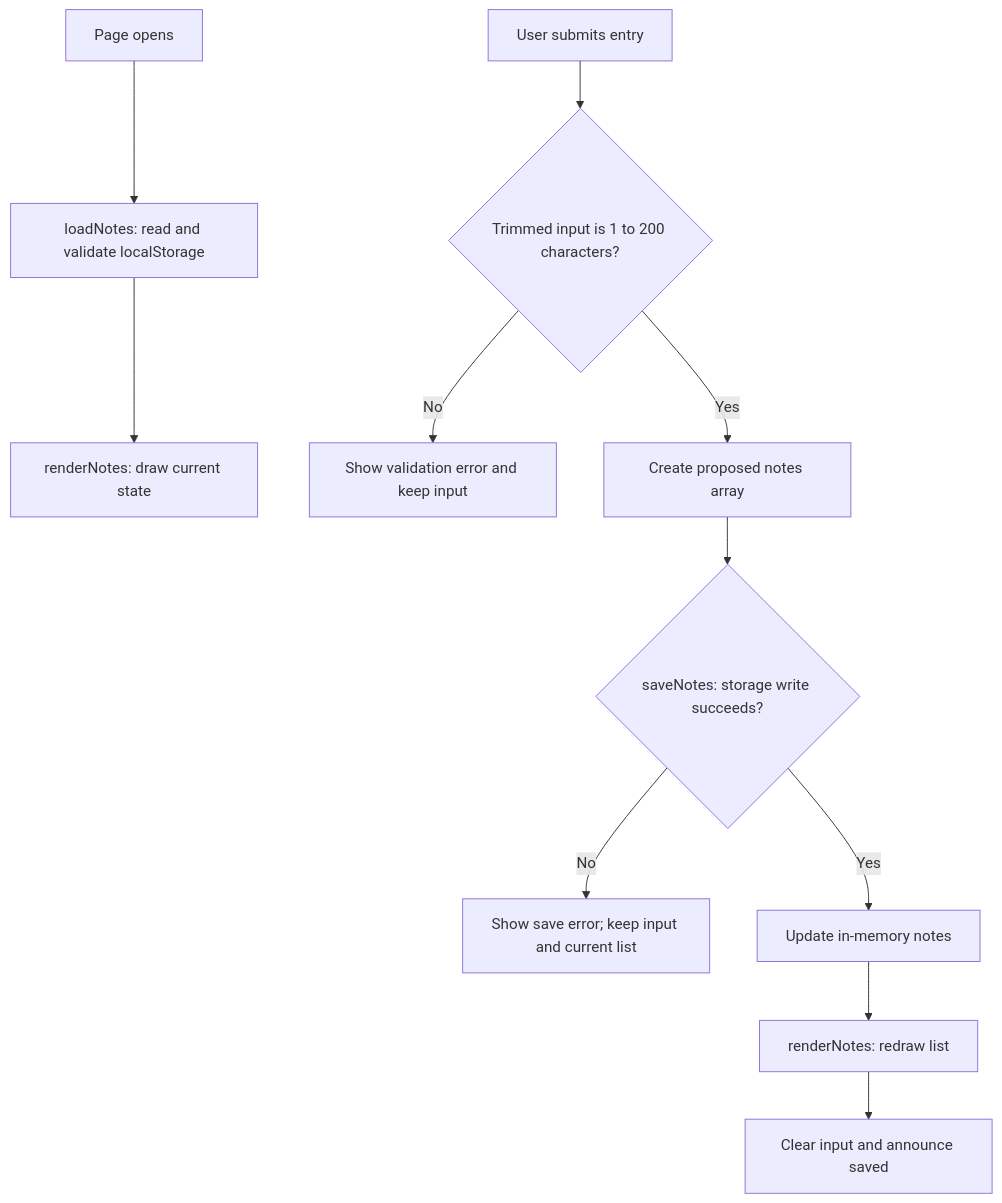
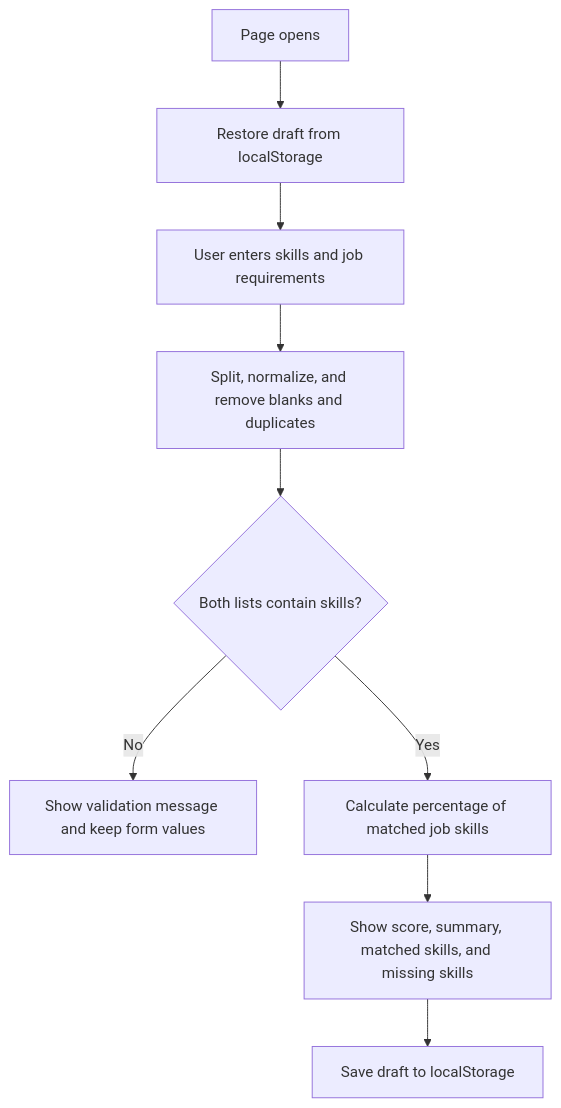
The diagram in README.md (aaronsarasota04/mgt3745-hw3), drawn with Mermaid before and after one commit. The commit also changed other lines of this file and 2 other files, not shown here.

Commit message:
increase size of validation message

````diff
--- a/README.md
+++ b/README.md
@@ -49,13 +49,11 @@
 ```mermaid
 flowchart TD
- A[Page opens] --> B[loadNotes: read and validate localStorage]
-  B --> C[renderNotes: draw current state]
-  D[User submits entry] --> E{Trimmed input is 1 to 200 characters?}
-  E -->|No| F[Show validation error and keep input]
-  E -->|Yes| G[Create proposed notes array]
-  G --> H{saveNotes: storage write succeeds?}
-  H -->|No| I[Show save error; keep input and current list]
-  H -->|Yes| J[Update in-memory notes]
-  J --> K[renderNotes: redraw list]
-  K --> L[Clear input and announce saved]
+ A[Page opens] --> B[Restore draft from localStorage]
+ B --> C[User enters skills and job requirements]
+ C --> D[Split, normalize, and remove blanks and duplicates]
+ D --> E{Both lists contain skills?}
+ E -->|No| F[Show validation message and keep form values]
+ E -->|Yes| G[Calculate percentage of matched job skills]
+ G --> H[Show score, summary, matched skills, and missing skills]
+ H --> I[Save draft to localStorage]
 ```
````
